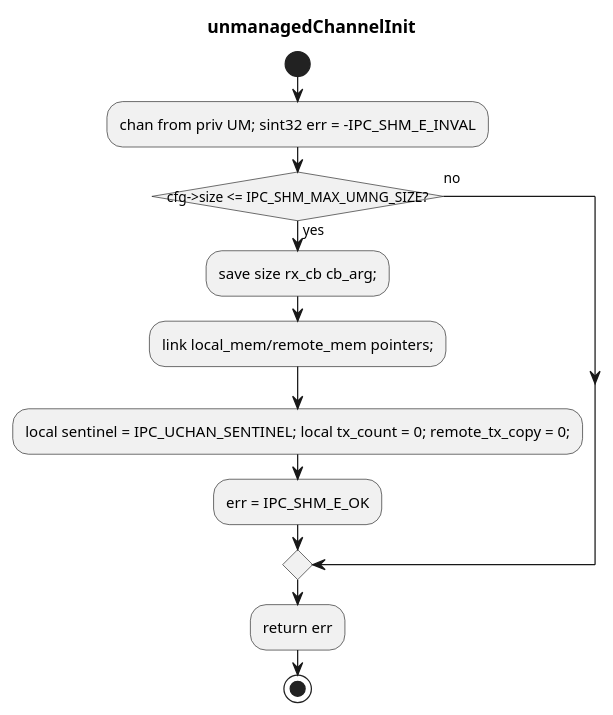
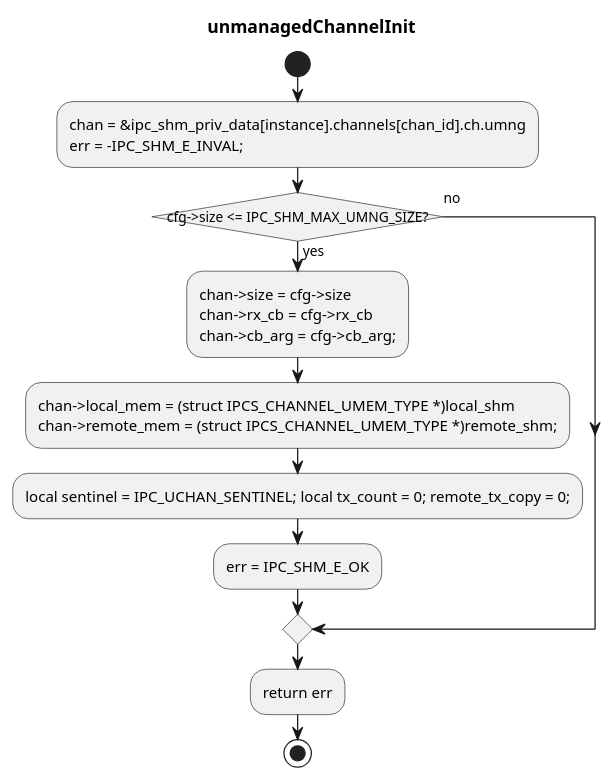
One commit to Mastang1/sad_sdd_proj changed the diagram in c1_sdd_linux-ipcs/cursor_tmp/flow_umls/3_4_17.puml. Above: the diagram before and after it, drawn with PlantUML. The commit also changed 136 other files, not shown here.

```diff
--- a/c1_sdd_linux-ipcs/cursor_tmp/flow_umls/3_4_17.puml
+++ b/c1_sdd_linux-ipcs/cursor_tmp/flow_umls/3_4_17.puml
@@ -1,17 +1,21 @@
 @startuml
 !pragma layout smetana
 skinparam conditionStyle insideDiamond
 skinparam linetype ortho
 title unmanagedChannelInit
 start
-:chan from priv UM; sint32 err = -IPC_SHM_E_INVAL;
-if (cfg->size <= IPC_SHM_MAX_UMNG_SIZE?) then (yes)
-  :save size rx_cb cb_arg;;
-  :link local_mem/remote_mem pointers;;
-  :local sentinel = IPC_UCHAN_SENTINEL; local tx_count = 0; remote_tx_copy = 0;;
-  :err = IPC_SHM_E_OK;
-else (no)
-endif
-:return err;
-stop
+        :chan = &ipc_shm_priv_data[instance].channels[chan_id].ch.umng
+err = -IPC_SHM_E_INVAL;;
+        if (cfg->size <= IPC_SHM_MAX_UMNG_SIZE?) then (yes)
+          :chan->size = cfg->size
+chan->rx_cb = cfg->rx_cb
+chan->cb_arg = cfg->cb_arg;;
+          :chan->local_mem = (struct IPCS_CHANNEL_UMEM_TYPE *)local_shm
+chan->remote_mem = (struct IPCS_CHANNEL_UMEM_TYPE *)remote_shm;;
+          :local sentinel = IPC_UCHAN_SENTINEL; local tx_count = 0; remote_tx_copy = 0;;
+          :err = IPC_SHM_E_OK;
+        else (no)
+        endif
+        :return err;
+        stop
 @enduml
```
